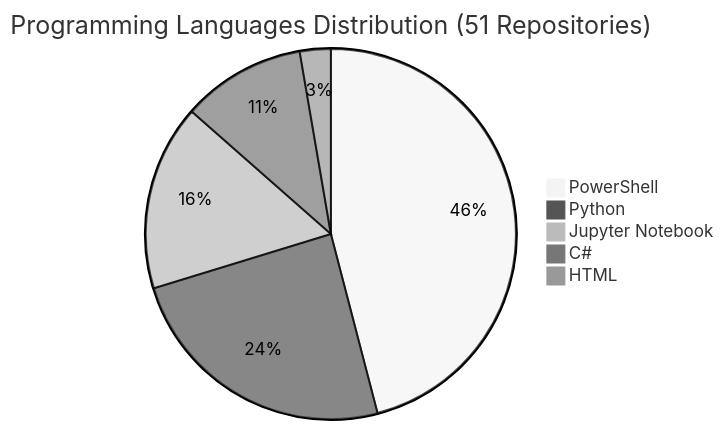
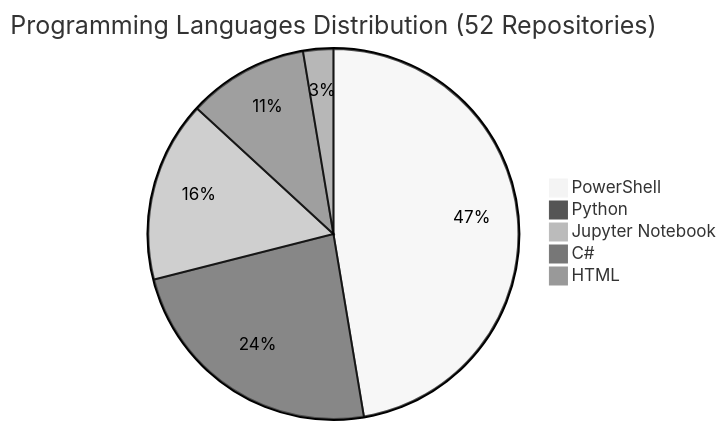
Before and after one commit to fabioc-aloha/fabioc-aloha: the diagram in REPOS.md, drawn with Mermaid (neutral theme). The commit also changed other lines of this file and 1 other file, not shown here.

````diff
--- a/REPOS.md
+++ b/REPOS.md
@@ -129,8 +129,8 @@
 ```mermaid
-pie title Programming Languages Distribution (51 Repositories)
-    "PowerShell" : 17
+pie title Programming Languages Distribution (52 Repositories)
+    "PowerShell" : 18
     "Python" : 9
     "Jupyter Notebook" : 6
     "C#" : 4
     "HTML" : 1
 ```
````
